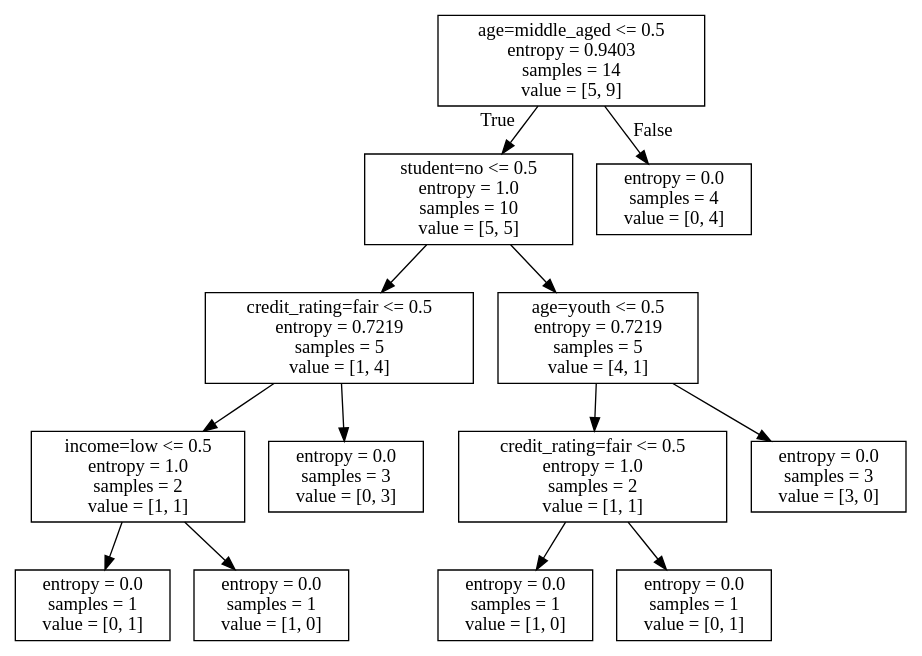
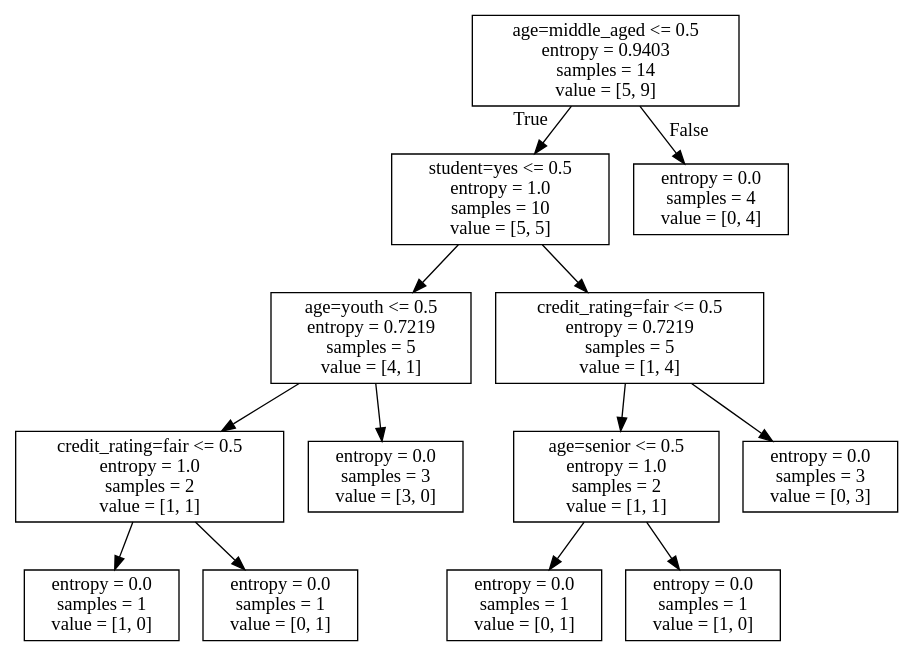
One commit to zhuyuuyuhz/PydevProject changed the diagram in DecisionTree/src/decisiontree/allElectronicInformationGain.dot. Above: the diagram before and after it, drawn with Graphviz. The commit also changed 1 other file, not shown here.

```diff
--- a/DecisionTree/src/decisiontree/allElectronicInformationGain.dot
+++ b/DecisionTree/src/decisiontree/allElectronicInformationGain.dot
@@ -1,28 +1,28 @@
 digraph Tree {
 node [shape=box] ;
 0 [label="age=middle_aged <= 0.5\nentropy = 0.9403\nsamples = 14\nvalue = [5, 9]"] ;
-1 [label="student=no <= 0.5\nentropy = 1.0\nsamples = 10\nvalue = [5, 5]"] ;
+1 [label="student=yes <= 0.5\nentropy = 1.0\nsamples = 10\nvalue = [5, 5]"] ;
 0 -> 1 [labeldistance=2.5, labelangle=45, headlabel="True"] ;
-2 [label="credit_rating=fair <= 0.5\nentropy = 0.7219\nsamples = 5\nvalue = [1, 4]"] ;
+2 [label="age=youth <= 0.5\nentropy = 0.7219\nsamples = 5\nvalue = [4, 1]"] ;
 1 -> 2 ;
-3 [label="income=low <= 0.5\nentropy = 1.0\nsamples = 2\nvalue = [1, 1]"] ;
+3 [label="credit_rating=fair <= 0.5\nentropy = 1.0\nsamples = 2\nvalue = [1, 1]"] ;
 2 -> 3 ;
-4 [label="entropy = 0.0\nsamples = 1\nvalue = [0, 1]"] ;
+4 [label="entropy = 0.0\nsamples = 1\nvalue = [1, 0]"] ;
 3 -> 4 ;
-5 [label="entropy = 0.0\nsamples = 1\nvalue = [1, 0]"] ;
+5 [label="entropy = 0.0\nsamples = 1\nvalue = [0, 1]"] ;
 3 -> 5 ;
-6 [label="entropy = 0.0\nsamples = 3\nvalue = [0, 3]"] ;
+6 [label="entropy = 0.0\nsamples = 3\nvalue = [3, 0]"] ;
 2 -> 6 ;
-7 [label="age=youth <= 0.5\nentropy = 0.7219\nsamples = 5\nvalue = [4, 1]"] ;
+7 [label="credit_rating=fair <= 0.5\nentropy = 0.7219\nsamples = 5\nvalue = [1, 4]"] ;
 1 -> 7 ;
-8 [label="credit_rating=fair <= 0.5\nentropy = 1.0\nsamples = 2\nvalue = [1, 1]"] ;
+8 [label="age=senior <= 0.5\nentropy = 1.0\nsamples = 2\nvalue = [1, 1]"] ;
 7 -> 8 ;
-9 [label="entropy = 0.0\nsamples = 1\nvalue = [1, 0]"] ;
+9 [label="entropy = 0.0\nsamples = 1\nvalue = [0, 1]"] ;
 8 -> 9 ;
-10 [label="entropy = 0.0\nsamples = 1\nvalue = [0, 1]"] ;
+10 [label="entropy = 0.0\nsamples = 1\nvalue = [1, 0]"] ;
 8 -> 10 ;
-11 [label="entropy = 0.0\nsamples = 3\nvalue = [3, 0]"] ;
+11 [label="entropy = 0.0\nsamples = 3\nvalue = [0, 3]"] ;
 7 -> 11 ;
 12 [label="entropy = 0.0\nsamples = 4\nvalue = [0, 4]"] ;
 0 -> 12 [labeldistance=2.5, labelangle=-45, headlabel="False"] ;
 }
```
